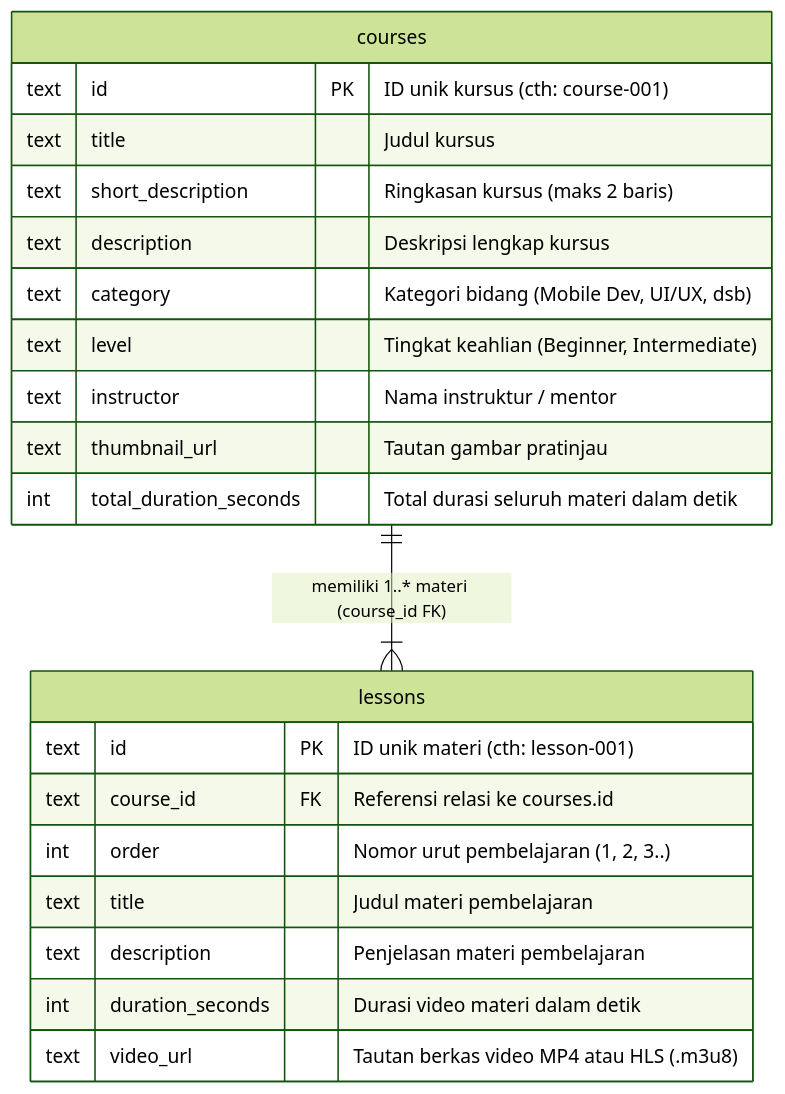
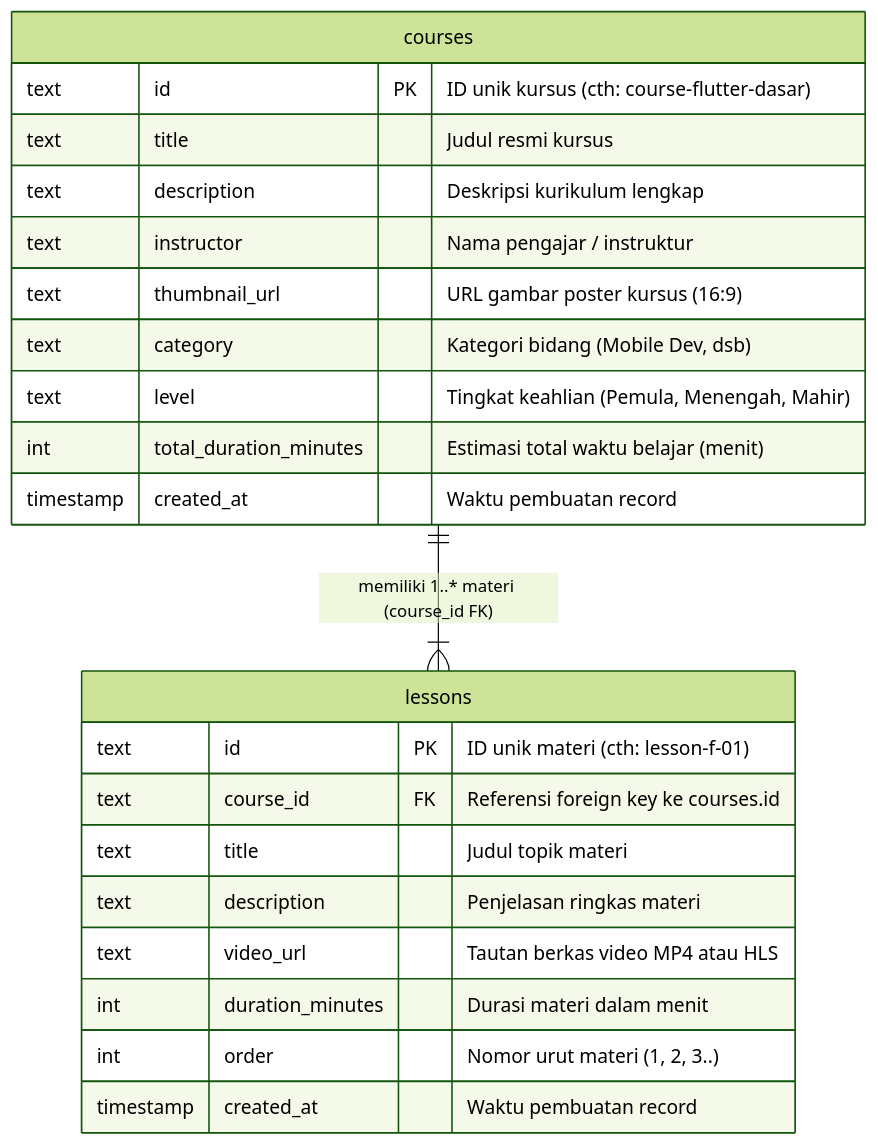
Before and after one commit to daudsutanssyah/e-learning-platform: the second of 3 diagrams in README.md, drawn with Mermaid (forest theme). The commit also changed other lines of this file and 8 other files, not shown here.

````diff
--- a/README.md
+++ b/README.md
@@ -129,26 +210,27 @@
 ```mermaid
 erDiagram
     courses ||--|{ lessons : "memiliki 1..* materi (course_id FK)"
 
     courses {
-        text id PK "ID unik kursus (cth: course-001)"
-        text title "Judul kursus"
-        text short_description "Ringkasan kursus (maks 2 baris)"
-        text description "Deskripsi lengkap kursus"
-        text category "Kategori bidang (Mobile Dev, UI/UX, dsb)"
-        text level "Tingkat keahlian (Beginner, Intermediate)"
-        text instructor "Nama instruktur / mentor"
-        text thumbnail_url "Tautan gambar pratinjau"
-        int total_duration_seconds "Total durasi seluruh materi dalam detik"
+        text id PK "ID unik kursus (cth: course-flutter-dasar)"
+        text title "Judul resmi kursus"
+        text description "Deskripsi kurikulum lengkap"
+        text instructor "Nama pengajar / instruktur"
+        text thumbnail_url "URL gambar poster kursus (16:9)"
+        text category "Kategori bidang (Mobile Dev, dsb)"
+        text level "Tingkat keahlian (Pemula, Menengah, Mahir)"
+        int total_duration_minutes "Estimasi total waktu belajar (menit)"
+        timestamp created_at "Waktu pembuatan record"
     }
 
     lessons {
-        text id PK "ID unik materi (cth: lesson-001)"
-        text course_id FK "Referensi relasi ke courses.id"
-        int order "Nomor urut pembelajaran (1, 2, 3..)"
-        text title "Judul materi pembelajaran"
-        text description "Penjelasan materi pembelajaran"
-        int duration_seconds "Durasi video materi dalam detik"
-        text video_url "Tautan berkas video MP4 atau HLS (.m3u8)"
+        text id PK "ID unik materi (cth: lesson-f-01)"
+        text course_id FK "Referensi foreign key ke courses.id"
+        text title "Judul topik materi"
+        text description "Penjelasan ringkas materi"
+        text video_url "Tautan berkas video MP4 atau HLS"
+        int duration_minutes "Durasi materi dalam menit"
+        int order "Nomor urut materi (1, 2, 3..)"
+        timestamp created_at "Waktu pembuatan record"
     }
 ```
````
